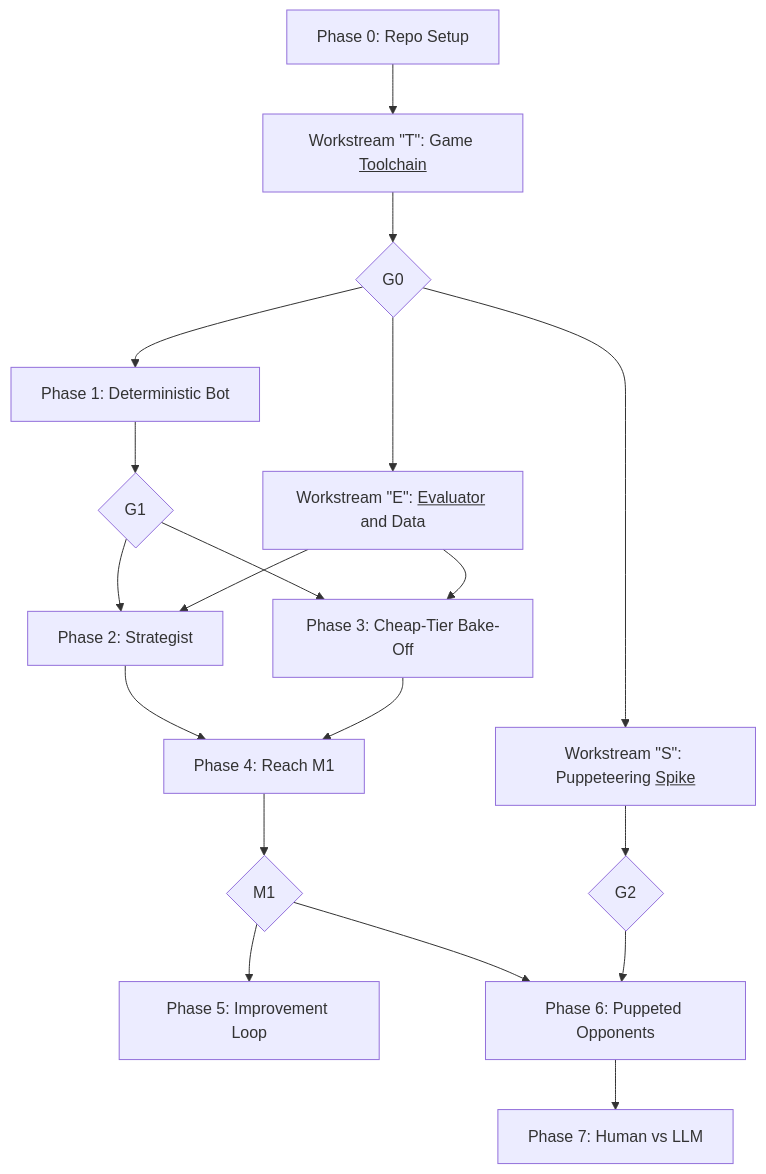
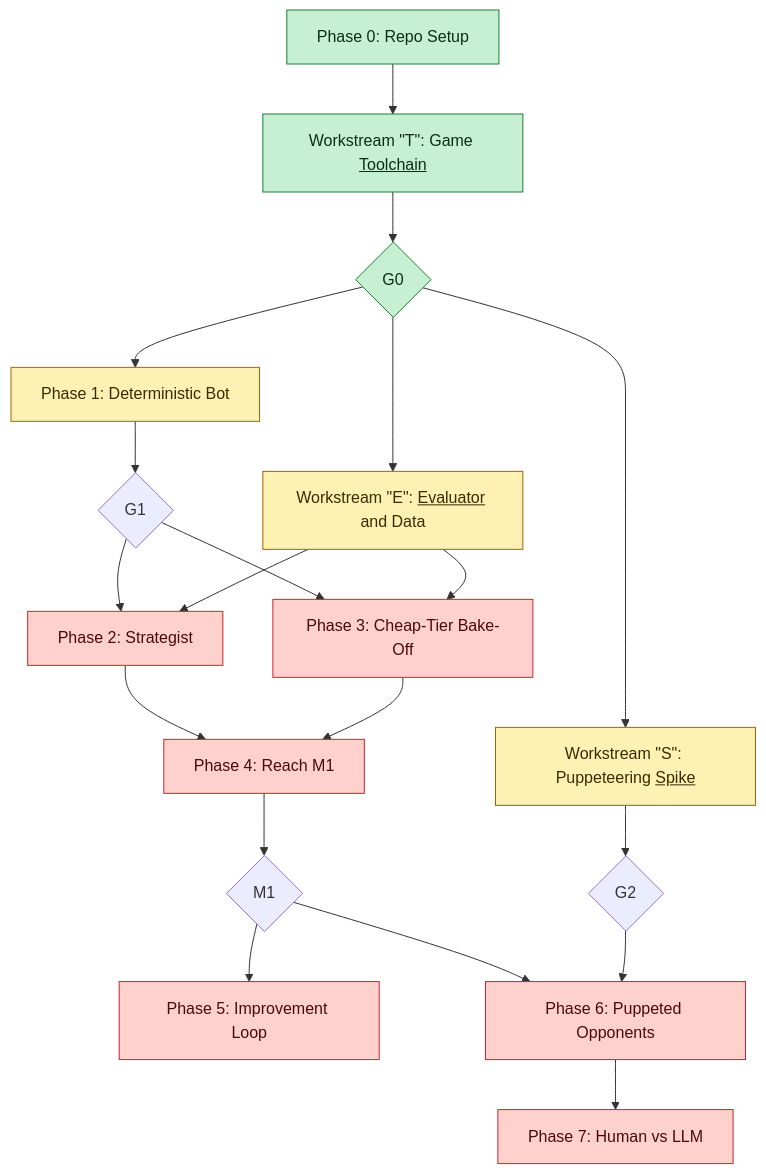
One commit to AlexNewell/civ_6_ai changed the first of 4 diagrams in roadmap.md. Above: the diagram before and after it, drawn with Mermaid. The commit also changed other lines of this file and 2 other files, not shown here.

First line of the commit message:
Roadmap: status colours, item tables and section diagrams

````diff
--- a/roadmap.md
+++ b/roadmap.md
@@ -22,18 +36,26 @@
 ```mermaid
 flowchart TD
     P0["Phase 0: Repo Setup"] --> T["Workstream #quot;T#quot;: Game <u>Toolchain</u>"] --> G0{G0}
     G0 --> P1["Phase 1: Deterministic Bot"] --> G1{G1}
     G0 --> E["Workstream #quot;E#quot;: <u>Evaluator</u> and Data"]
     G0 --> S["Workstream #quot;S#quot;: Puppeteering <u>Spike</u>"] --> G2{G2}
     G1 --> P2["Phase 2: Strategist"]
     G1 --> P3["Phase 3: Cheap-Tier Bake-Off"]
     E --> P2
     E --> P3
     P2 --> P4["Phase 4: Reach M1"]
     P3 --> P4
     P4 --> M1{M1}
     M1 --> P5["Phase 5: Improvement Loop"]
     M1 --> P6["Phase 6: Puppeted Opponents"]
     G2 --> P6
     P6 --> P7["Phase 7: Human vs LLM"]
+
+    classDef done fill:#c7f0d2,stroke:#1a7f37,color:#0b2e13
+    classDef progress fill:#fff0b3,stroke:#9a6700,color:#3d2a00
+    classDef blocked fill:#ffd1cc,stroke:#cf222e,color:#4a0a0a
+    classDef backlog fill:#eaeef2,stroke:#57606a,color:#1f2328
+    class P0,T,G0 done
+    class P1,E,S progress
+    class P2,P3,P4,P5,P6,P7 blocked
 ```
````
